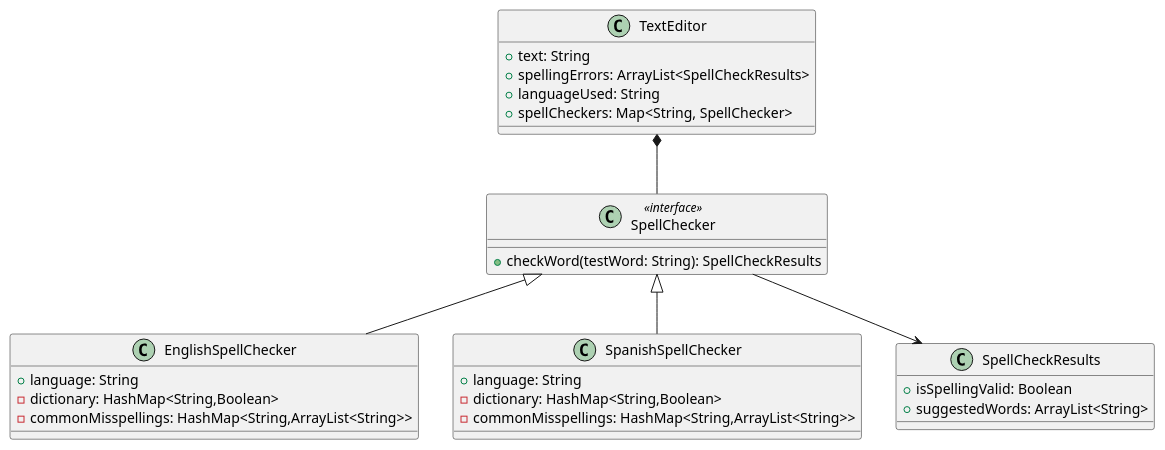
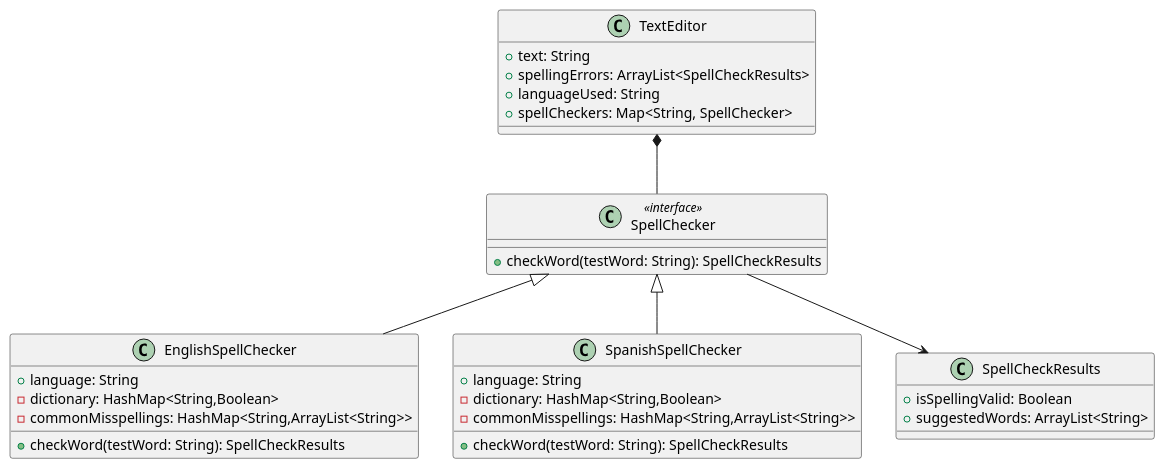
One commit to AdamCorbinFAUPhD/COP5339-Object-Oriented-Software-Design changed the diagram in Homeworks/Homework4/q5.2/q5.2.md. Above: the diagram before and after it, drawn with PlantUML. The commit also changed other lines of this file, not shown here.

Commit message:
Update based on feedback from the professor about the tables and UML diagrams making sure they list the interface functions

````diff
--- a/Homeworks/Homework4/q5.2/q5.2.md
+++ b/Homeworks/Homework4/q5.2/q5.2.md
@@ -16,33 +16,35 @@
 ```puml
 class TextEditor{
 + text: String
 + spellingErrors: ArrayList<SpellCheckResults>
 + languageUsed: String
 + spellCheckers: Map<String, SpellChecker>
 }
 class SpellChecker <<interface>>{
 +checkWord(testWord: String): SpellCheckResults
 }
 class EnglishSpellChecker{
 +language: String
 -dictionary: HashMap<String,Boolean>
 -commonMisspellings: HashMap<String,ArrayList<String>>
++checkWord(testWord: String): SpellCheckResults
 }
 
 class SpanishSpellChecker{
 +language: String
 -dictionary: HashMap<String,Boolean>
 -commonMisspellings: HashMap<String,ArrayList<String>>
++checkWord(testWord: String): SpellCheckResults
 }
 
 class SpellCheckResults{
 +isSpellingValid: Boolean
 +suggestedWords: ArrayList<String>
 }
 
 SpellChecker <|-- EnglishSpellChecker
 SpellChecker <|-- SpanishSpellChecker
 TextEditor *-- SpellChecker
 SpellChecker --> SpellCheckResults
 
 ```
````
